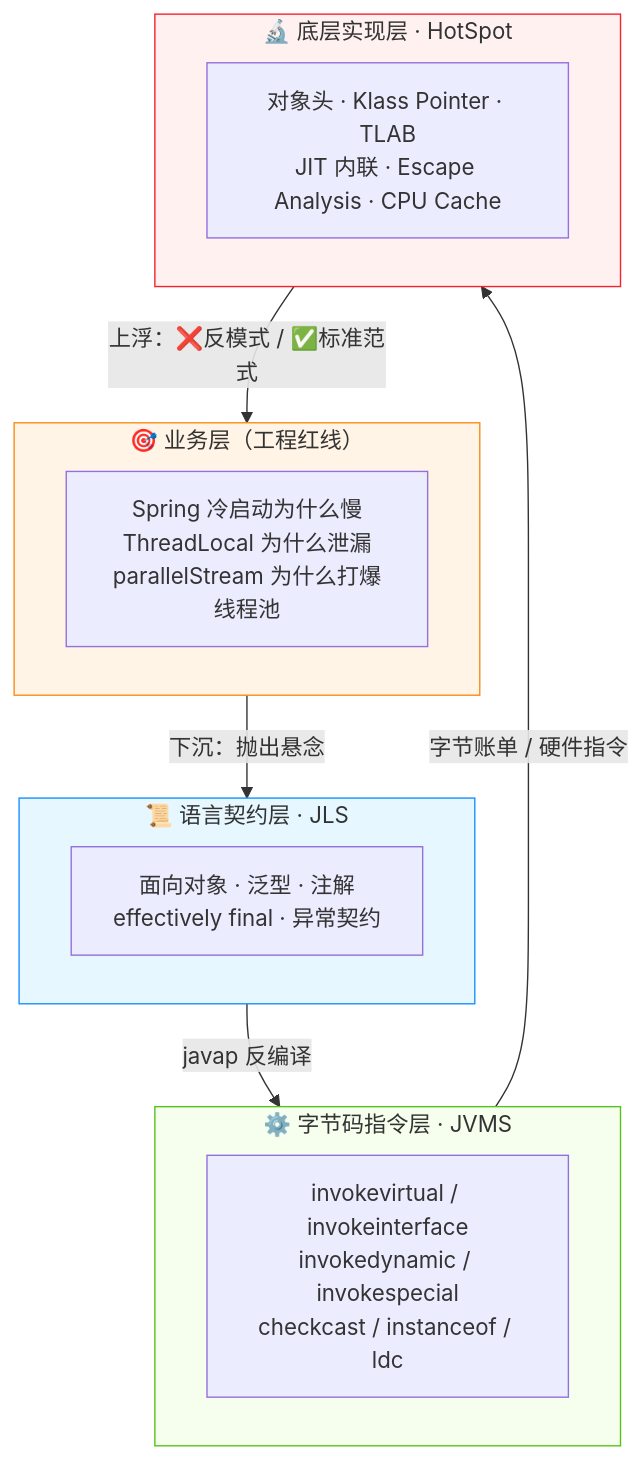
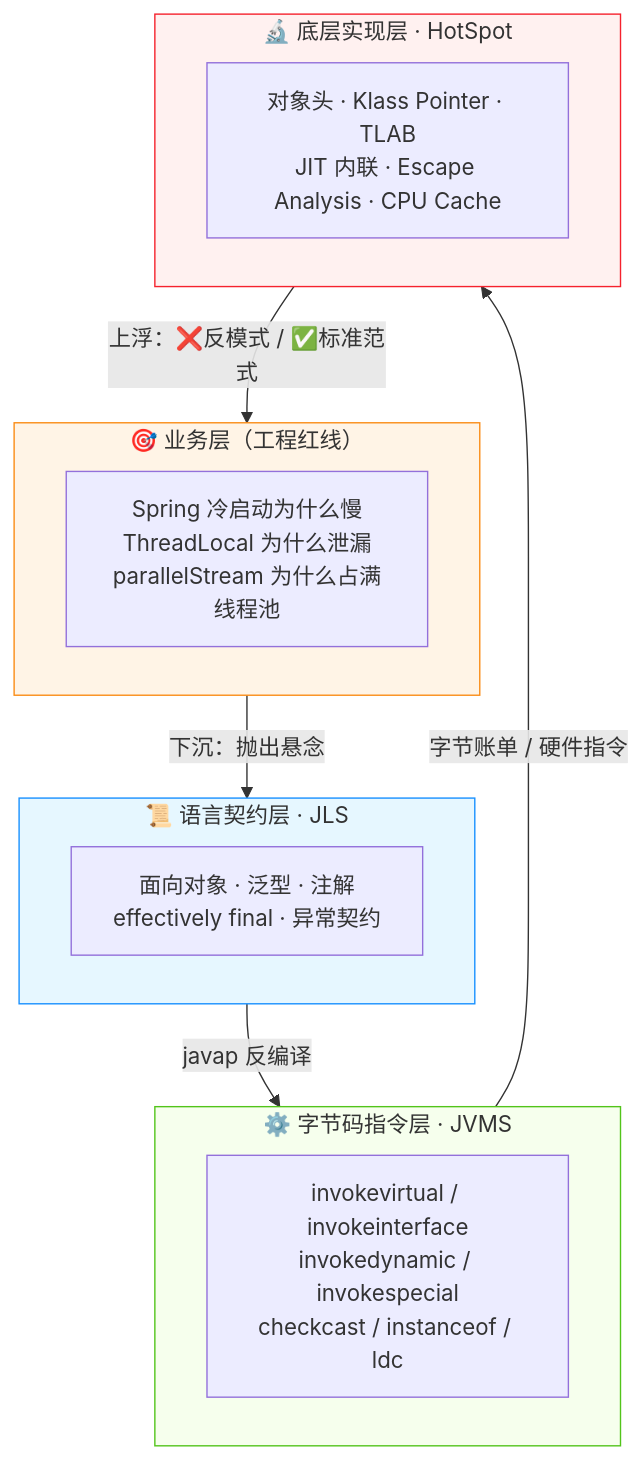
Before and after one commit to b1tzer/b1tzer.github.io: the third of 3 diagrams in docs/01-java-basic/00-Java 物理透视：从字节码剖析到 JVM 内存布局的二十四篇.md, drawn with Mermaid. The commit also changed other lines of this file and 23 other files, not shown here.

````diff
--- a/docs/01-java-basic/00-Java 物理透视：从字节码剖析到 JVM 内存布局的二十四篇.md
+++ b/docs/01-java-basic/00-Java 物理透视：从字节码剖析到 JVM 内存布局的二十四篇.md
@@ -100,28 +94,28 @@
 ```mermaid
 flowchart TB
     subgraph L1["🎯 业务层（工程红线）"]
         direction LR
-        B1["Spring 冷启动为什么慢<br/>ThreadLocal 为什么泄漏<br/>parallelStream 为什么打爆线程池"]
+        B1["Spring 冷启动为什么慢<br/>ThreadLocal 为什么泄漏<br/>parallelStream 为什么占满线程池"]
     end
     subgraph L2["📜 语言契约层 · JLS"]
         direction LR
         L21["面向对象 · 泛型 · 注解<br/>effectively final · 异常契约"]
     end
     subgraph L3["⚙️ 字节码指令层 · JVMS"]
         direction LR
         L31["invokevirtual / invokeinterface<br/>invokedynamic / invokespecial<br/>checkcast / instanceof / ldc"]
     end
     subgraph L4["🔬 底层实现层 · HotSpot"]
         direction LR
         L41["对象头 · Klass Pointer · TLAB<br/>JIT 内联 · Escape Analysis · CPU Cache"]
     end
     L1 -->|"下沉：抛出悬念"| L2
     L2 -->|"javap 反编译"| L3
     L3 -->|"字节账单 / 硬件指令"| L4
     L4 -->|"上浮：❌反模式 / ✅标准范式"| L1
 
     style L1 fill:#fff4e6,stroke:#fa8c16
     style L2 fill:#e6f7ff,stroke:#1890ff
     style L3 fill:#f6ffed,stroke:#52c41a
     style L4 fill:#fff1f0,stroke:#f5222d
 ```
````
